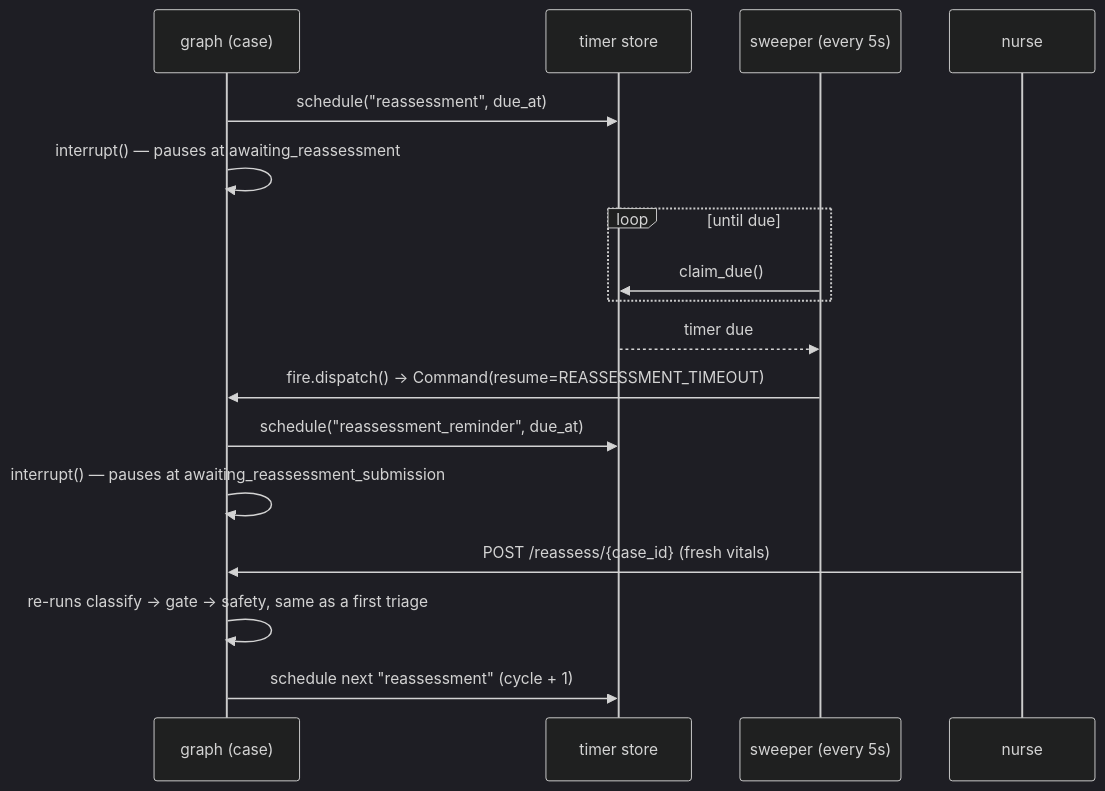
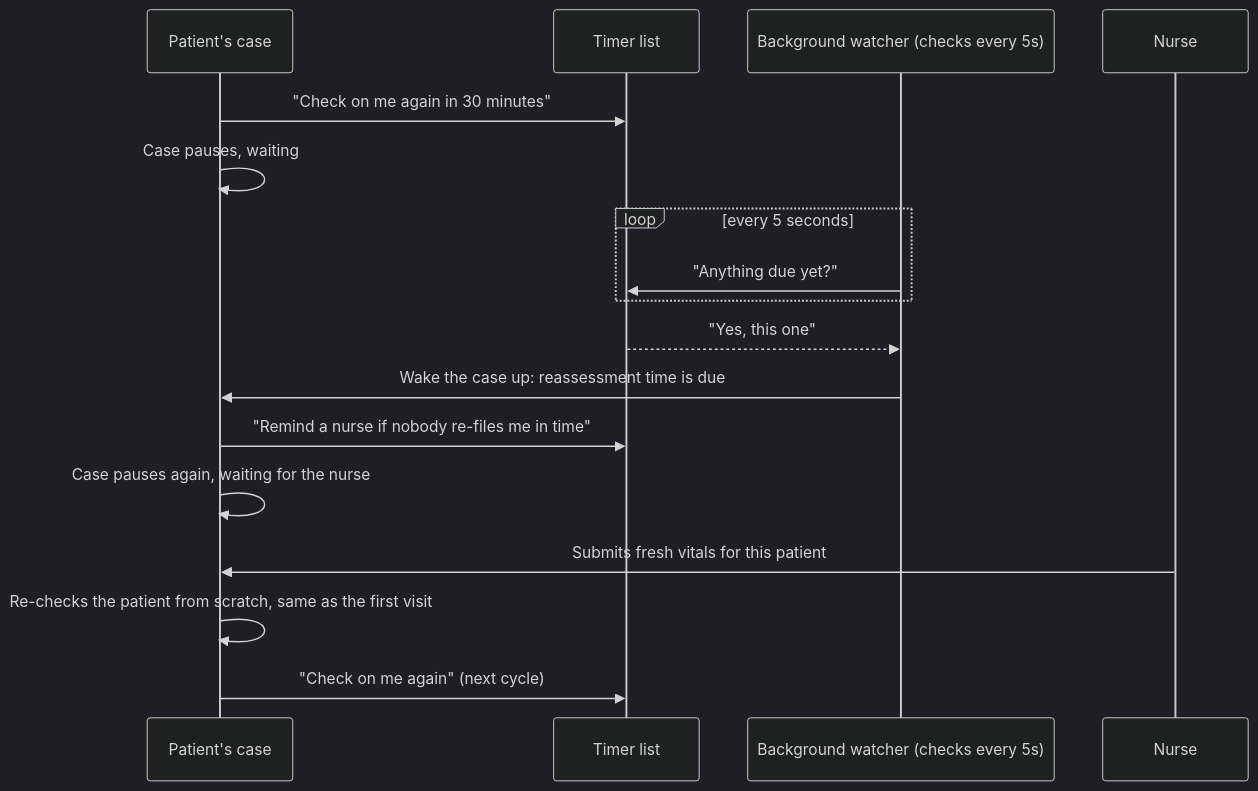
The second of 3 diagrams in triage-app/app/monitor/README.md (aoTeisha/triage-guard), drawn with Mermaid (dark theme) before and after one commit. The commit also changed other lines of this file and 8 other files, not shown here.

````diff
--- a/triage-app/app/monitor/README.md
+++ b/triage-app/app/monitor/README.md
@@ -79,20 +71,20 @@
 ```mermaid
 sequenceDiagram
-  participant Case as graph (case)
-  participant Store as timer store
-  participant Sweeper as sweeper (every 5s)
-  participant Nurse as nurse
+  participant Case as Patient's case
+  participant Clock as Timer list
+  participant Watcher as Background watcher (checks every 5s)
+  participant Nurse as Nurse
 
-  Case->>Store: schedule("reassessment", due_at)
-  Case->>Case: interrupt() — pauses at awaiting_reassessment
-  loop until due
-    Sweeper->>Store: claim_due()
+  Case->>Clock: "Check on me again in 30 minutes"
+  Case->>Case: Case pauses, waiting
+  loop every 5 seconds
+    Watcher->>Clock: "Anything due yet?"
   end
-  Store-->>Sweeper: timer due
-  Sweeper->>Case: fire.dispatch() → Command(resume=REASSESSMENT_TIMEOUT)
-  Case->>Store: schedule("reassessment_reminder", due_at)
-  Case->>Case: interrupt() — pauses at awaiting_reassessment_submission
-  Nurse->>Case: POST /reassess/{case_id} (fresh vitals)
-  Case->>Case: re-runs classify → gate → safety, same as a first triage
-  Case->>Store: schedule next "reassessment" (cycle + 1)
+  Clock-->>Watcher: "Yes, this one"
+  Watcher->>Case: Wake the case up: reassessment time is due
+  Case->>Clock: "Remind a nurse if nobody re-files me in time"
+  Case->>Case: Case pauses again, waiting for the nurse
+  Nurse->>Case: Submits fresh vitals for this patient
+  Case->>Case: Re-checks the patient from scratch, same as the first visit
+  Case->>Clock: "Check on me again" (next cycle)
 ```
````
